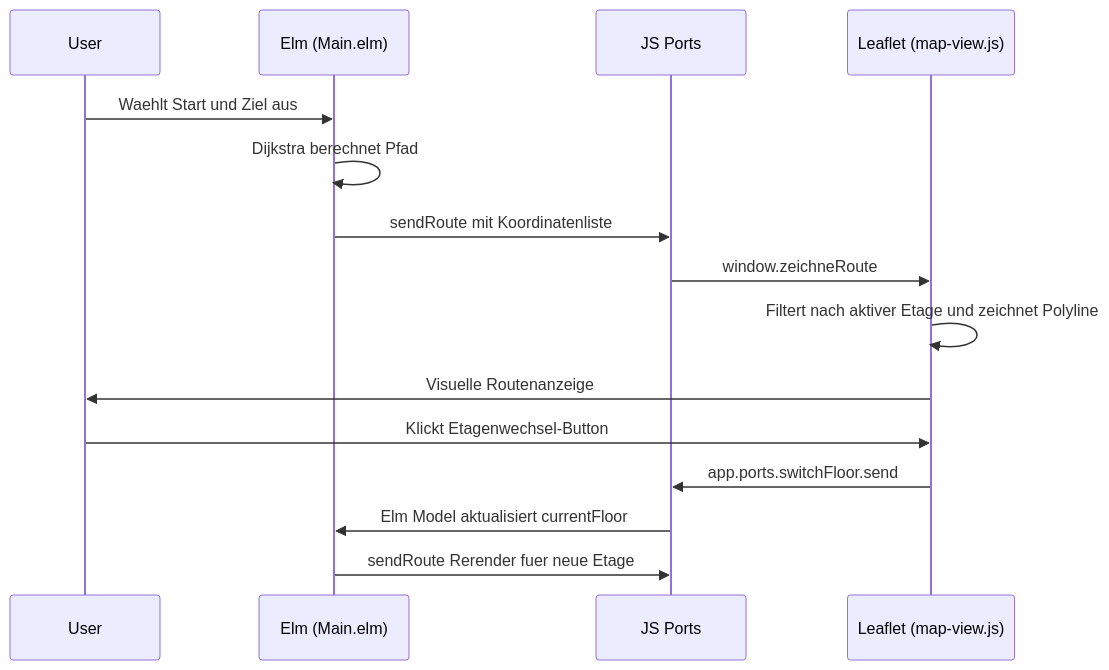
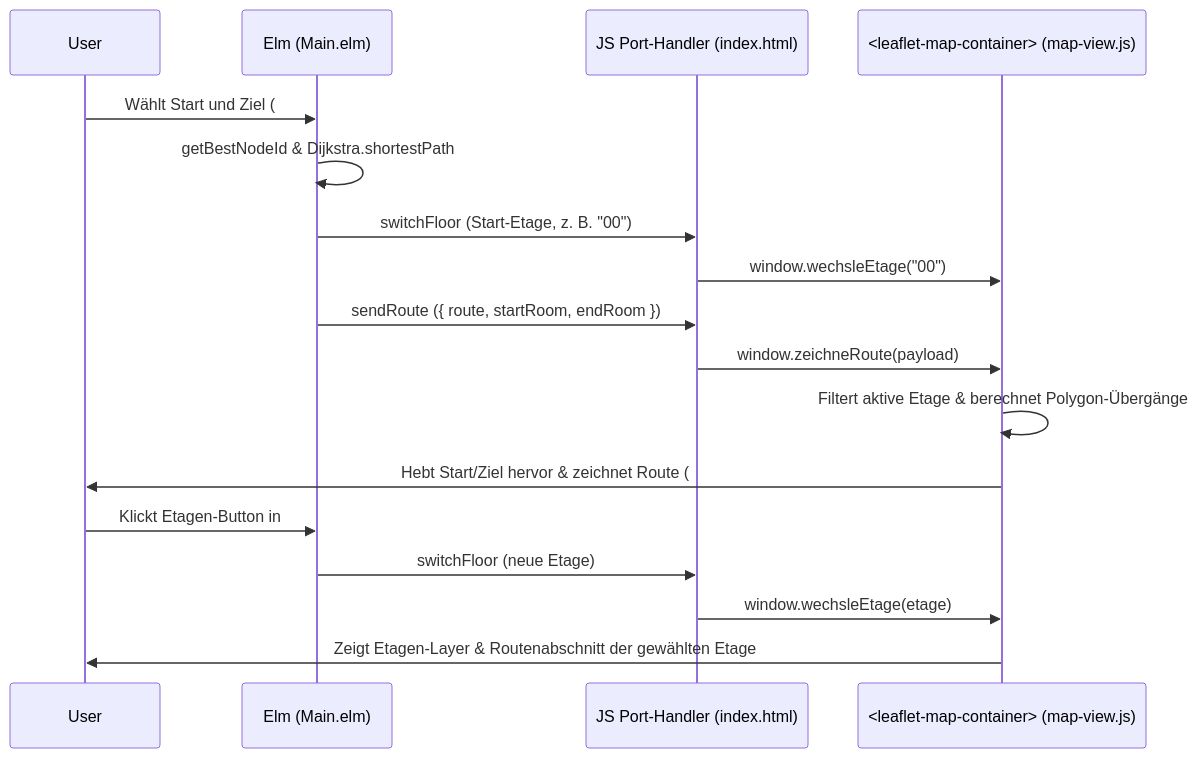
The diagram in docs/🖥️-Frontend-&-Elm‐Architektur.md (Der-Mehlmann/KrokenKompass), drawn with Mermaid before and after one commit. The commit also changed other lines of this file and 9 other files, not shown here.

````diff
--- a/docs/🖥️-Frontend-&-Elm‐Architektur.md
+++ b/docs/🖥️-Frontend-&-Elm‐Architektur.md
@@ -52,19 +59,21 @@
 ```mermaid
 sequenceDiagram
     participant User
     participant Elm as Elm (Main.elm)
-    participant Ports as JS Ports
-    participant Leaflet as Leaflet (map-view.js)
+    participant Ports as JS Port-Handler (index.html)
+    participant Leaflet as <leaflet-map-container> (map-view.js)
 
-    User->>Elm: Waehlt Start und Ziel aus
-    Elm->>Elm: Dijkstra berechnet Pfad
-    Elm->>Ports: sendRoute mit Koordinatenliste
-    Ports->>Leaflet: window.zeichneRoute
-    Leaflet->>Leaflet: Filtert nach aktiver Etage und zeichnet Polyline
-    Leaflet->>User: Visuelle Routenanzeige
+    User->>Elm: Wählt Start und Ziel (#plan → #map)
+    Elm->>Elm: getBestNodeId & Dijkstra.shortestPath
+    Elm->>Ports: switchFloor (Start-Etage, z. B. "00")
+    Ports->>Leaflet: window.wechsleEtage("00")
+    Elm->>Ports: sendRoute ({ route, startRoom, endRoom })
+    Ports->>Leaflet: window.zeichneRoute(payload)
+    Leaflet->>Leaflet: Filtert aktive Etage & berechnet Polygon-Übergänge
+    Leaflet->>User: Hebt Start/Ziel hervor & zeichnet Route (#EC4899)
 
-    User->>Leaflet: Klickt Etagenwechsel-Button
-    Leaflet->>Ports: app.ports.switchFloor.send
-    Ports->>Elm: Elm Model aktualisiert currentFloor
-    Elm->>Ports: sendRoute Rerender fuer neue Etage
+    User->>Elm: Klickt Etagen-Button in #etagen-menue
+    Elm->>Ports: switchFloor (neue Etage)
+    Ports->>Leaflet: window.wechsleEtage(etage)
+    Leaflet->>User: Zeigt Etagen-Layer & Routenabschnitt der gewählten Etage
 ```
````
